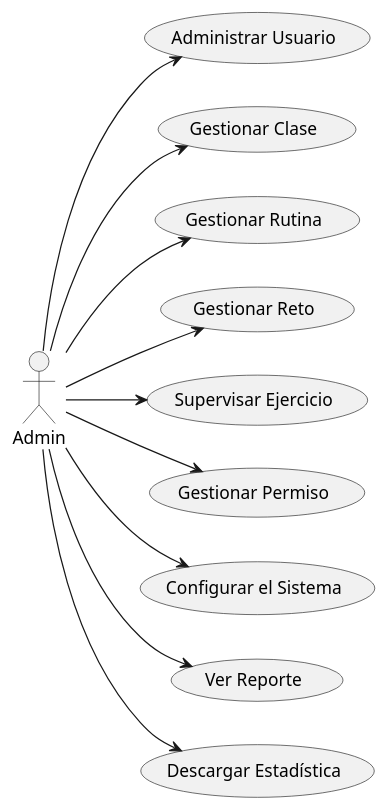
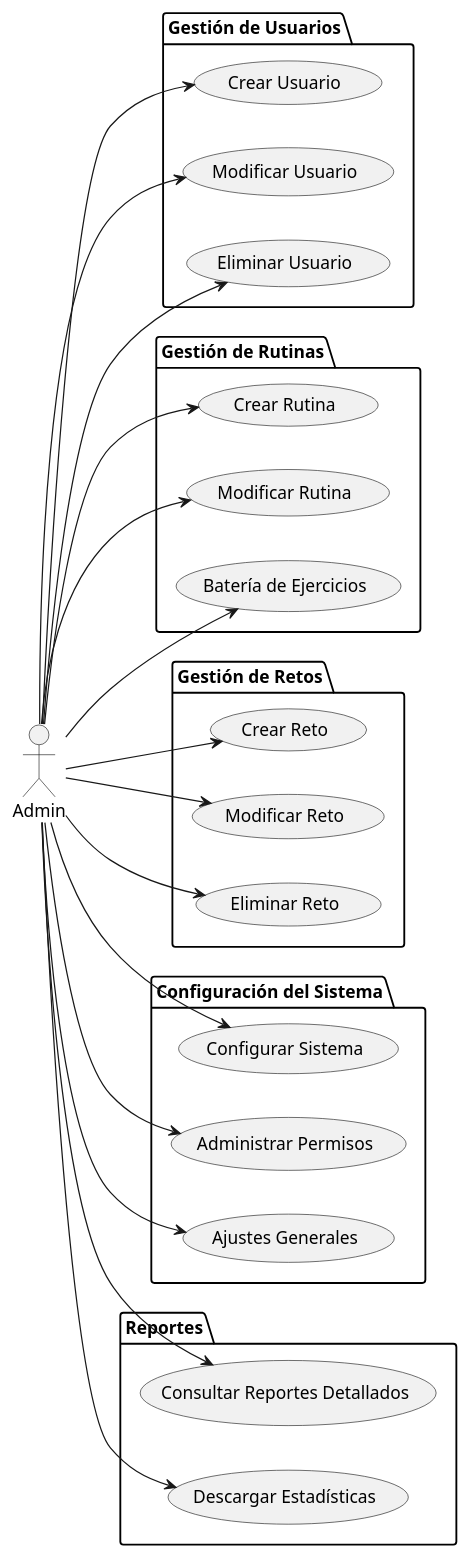
Before and after one commit to mmasias/24-25-IdSw1-SDR: the diagram in Documentos/CasosUso/CdU_Admin.puml, drawn with PlantUML.

```diff
--- a/Documentos/CasosUso/CdU_Admin.puml
+++ b/Documentos/CasosUso/CdU_Admin.puml
@@ -1,28 +1,54 @@
 @startuml
 left to right direction
 
 actor Admin
 
-usecase "Administrar Usuario" as AdministrarUsuarios
-usecase "Gestionar Clase" as GestionarClases
-usecase "Gestionar Rutina" as GestionarRutinas
-usecase "Gestionar Reto" as GestionarRetos
-usecase "Supervisar Ejercicio" as SupervisarEjercicios
+package "Gestión de Usuarios" {
+    usecase "Crear Usuario" as CrearUsuario
+    usecase "Modificar Usuario" as ModificarUsuario
+    usecase "Eliminar Usuario" as EliminarUsuario
+}
 
-usecase "Gestionar Permiso" as GestionarPermisos
-usecase "Configurar el Sistema" as ConfigurarSistema
-usecase "Ver Reporte" as VerReportes
-usecase "Descargar Estadística" as DescargarEstadisticas
+package "Gestión de Rutinas" {
+    usecase "Crear Rutina" as CrearRutina
+    usecase "Modificar Rutina" as ModificarRutina
+    usecase "Batería de Ejercicios" as BateriaEjercicios
+}
 
-Admin --> AdministrarUsuarios
-Admin --> GestionarClases
-Admin --> GestionarRutinas
-Admin --> GestionarRetos
+package "Gestión de Retos" {
+    usecase "Crear Reto" as CrearReto
+    usecase "Modificar Reto" as ModificarReto
+    usecase "Eliminar Reto" as EliminarReto
+}
 
-Admin --> SupervisarEjercicios
-Admin --> GestionarPermisos
+package "Configuración del Sistema" {
+    usecase "Configurar Sistema" as ConfigurarSistema
+    usecase "Administrar Permisos" as AdministrarPermisos
+    usecase "Ajustes Generales" as AjustesGenerales
+}
+
+package "Reportes" {
+    usecase "Consultar Reportes Detallados" as ConsultarReportes
+    usecase "Descargar Estadísticas" as DescargarEstadisticas
+}
+
+Admin --> CrearUsuario
+Admin --> ModificarUsuario
+Admin --> EliminarUsuario
+
+Admin --> CrearRutina
+Admin --> ModificarRutina
+Admin --> BateriaEjercicios
+
+Admin --> CrearReto
+Admin --> ModificarReto
+Admin --> EliminarReto
+
 Admin --> ConfigurarSistema
-Admin --> VerReportes
+Admin --> AdministrarPermisos
+Admin --> AjustesGenerales
+
+Admin --> ConsultarReportes
 Admin --> DescargarEstadisticas
 
 @enduml
```
